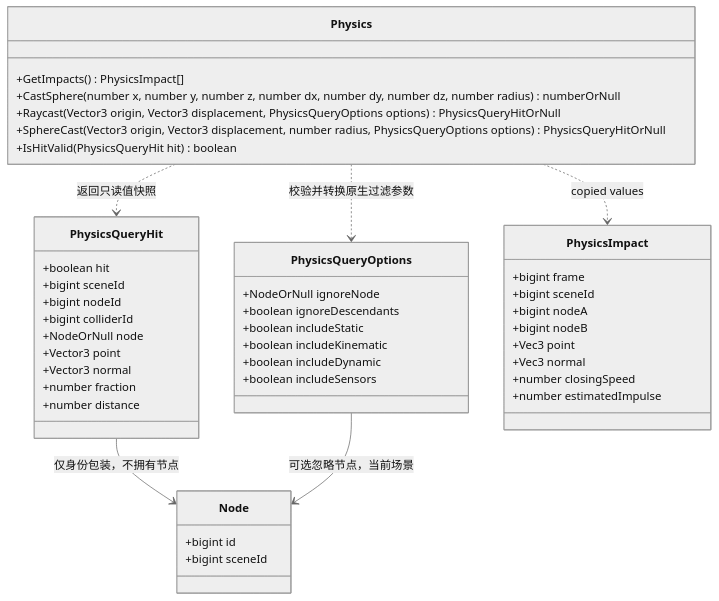
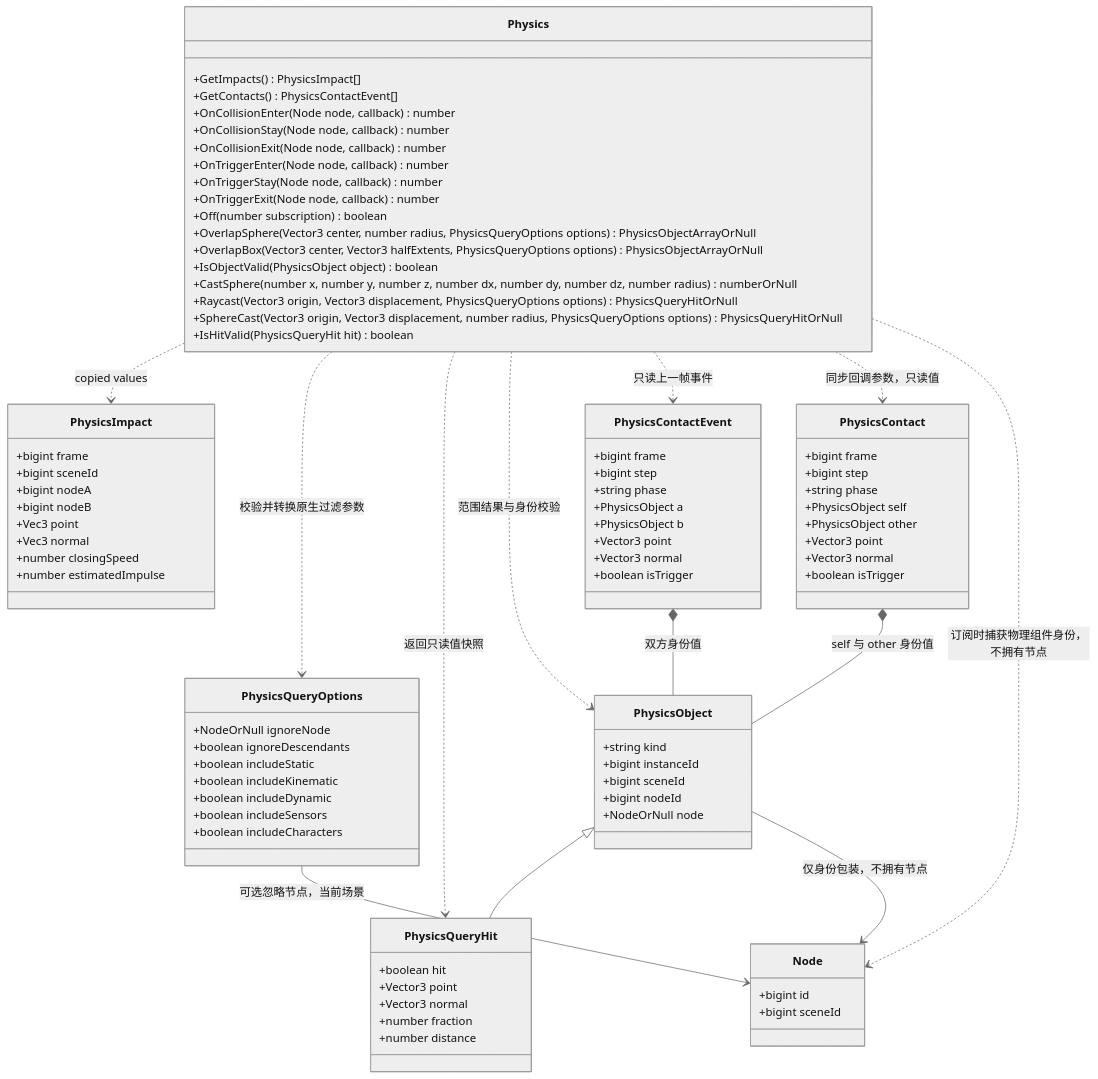
The fourth of 4 diagrams in docs/plugins/runtime/class-diagrams/physics-audio-script-api.md (lcals/Engine), drawn with Mermaid (neutral theme) before and after one commit. The commit also changed other lines of this file and 52 other files, not shown here.

````diff
--- a/docs/plugins/runtime/class-diagrams/physics-audio-script-api.md
+++ b/docs/plugins/runtime/class-diagrams/physics-audio-script-api.md
@@ -83,6 +83,17 @@
 classDiagram
 class Physics {
     +GetImpacts() PhysicsImpact[]
+    +GetContacts() PhysicsContactEvent[]
+    +OnCollisionEnter(Node node, callback) number
+    +OnCollisionStay(Node node, callback) number
+    +OnCollisionExit(Node node, callback) number
+    +OnTriggerEnter(Node node, callback) number
+    +OnTriggerStay(Node node, callback) number
+    +OnTriggerExit(Node node, callback) number
+    +Off(number subscription) boolean
+    +OverlapSphere(Vector3 center, number radius, PhysicsQueryOptions options) PhysicsObjectArrayOrNull
+    +OverlapBox(Vector3 center, Vector3 halfExtents, PhysicsQueryOptions options) PhysicsObjectArrayOrNull
+    +IsObjectValid(PhysicsObject object) boolean
     +CastSphere(number x, number y, number z, number dx, number dy, number dz, number radius) numberOrNull
     +Raycast(Vector3 origin, Vector3 displacement, PhysicsQueryOptions options) PhysicsQueryHitOrNull
     +SphereCast(Vector3 origin, Vector3 displacement, number radius, PhysicsQueryOptions options) PhysicsQueryHitOrNull
@@ -95,17 +106,41 @@
     +boolean includeKinematic
     +boolean includeDynamic
     +boolean includeSensors
+    +boolean includeCharacters
+}
+class PhysicsObject {
+    +string kind
+    +bigint instanceId
+    +bigint sceneId
+    +bigint nodeId
+    +NodeOrNull node
 }
 class PhysicsQueryHit {
     +boolean hit
-    +bigint sceneId
-    +bigint nodeId
-    +bigint colliderId
-    +NodeOrNull node
     +Vector3 point
     +Vector3 normal
     +number fraction
     +number distance
+}
+class PhysicsContactEvent {
+    +bigint frame
+    +bigint step
+    +string phase
+    +PhysicsObject a
+    +PhysicsObject b
+    +Vector3 point
+    +Vector3 normal
+    +boolean isTrigger
+}
+class PhysicsContact {
+    +bigint frame
+    +bigint step
+    +string phase
+    +PhysicsObject self
+    +PhysicsObject other
+    +Vector3 point
+    +Vector3 normal
+    +boolean isTrigger
 }
 class Node {
     +bigint id
@@ -124,6 +159,13 @@
 Physics ..> PhysicsImpact : copied values
 Physics ..> PhysicsQueryOptions : 校验并转换原生过滤参数
 Physics ..> PhysicsQueryHit : 返回只读值快照
-PhysicsQueryHit --> Node : 仅身份包装，不拥有节点
+PhysicsObject <|-- PhysicsQueryHit
+PhysicsObject --> Node : 仅身份包装，不拥有节点
+Physics ..> PhysicsObject : 范围结果与身份校验
+Physics ..> PhysicsContactEvent : 只读上一帧事件
+PhysicsContactEvent *-- PhysicsObject : 双方身份值
+Physics ..> PhysicsContact : 同步回调参数，只读值
+PhysicsContact *-- PhysicsObject : self 与 other 身份值
+Physics ..> Node : 订阅时捕获物理组件身份，不拥有节点
 PhysicsQueryOptions --> Node : 可选忽略节点，当前场景
 ```
````
